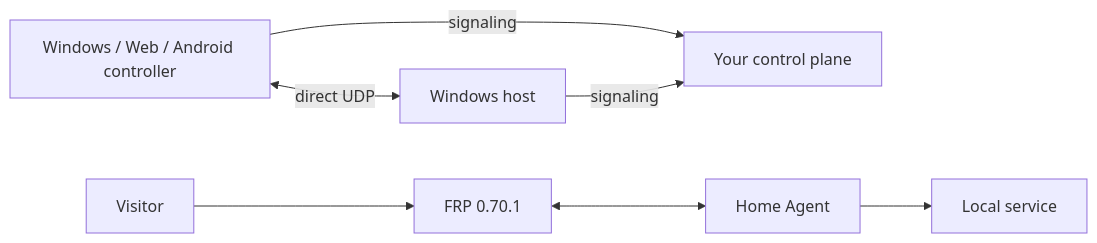
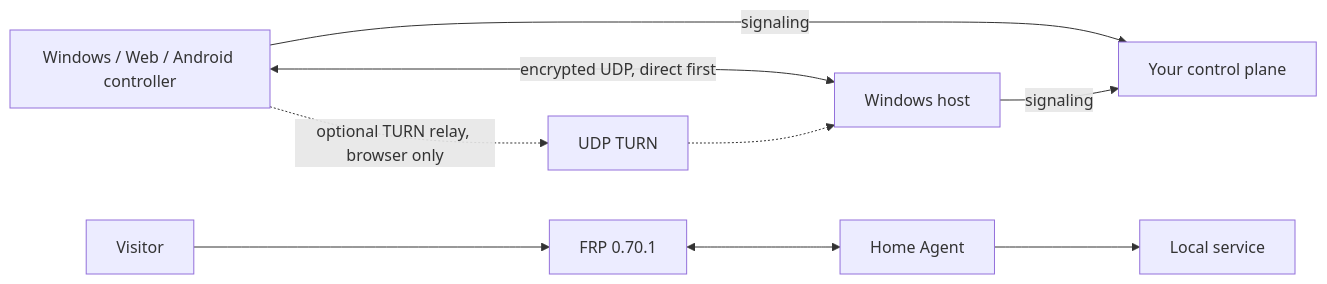
Before and after one commit to ZHanry/home-tunnel: the diagram in README.en.md, drawn with Mermaid. The commit also changed other lines of this file and 30 other files, not shown here.

````diff
--- a/README.en.md
+++ b/README.en.md
@@ -38,9 +40,11 @@
 ```mermaid
 flowchart LR
-  Controller[Windows / Web / Android controller] <-->|direct UDP| Host[Windows host]
+  Controller[Windows / Web / Android controller] <-->|encrypted UDP, direct first| Host[Windows host]
+  Controller -.->|optional TURN relay, browser only| Relay[UDP TURN]
+  Relay -.-> Host
   Controller -->|signaling| Control[Your control plane]
   Host -->|signaling| Control
   Visitor[Visitor] --> FRP[FRP 0.70.1]
   FRP <--> Agent[Home Agent]
   Agent --> App[Local service]
 ```
````
